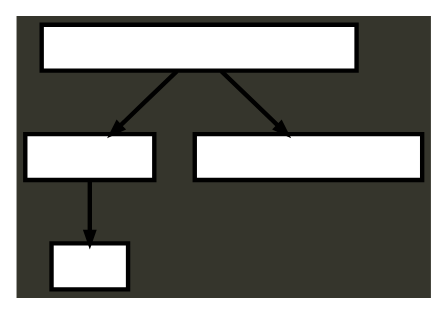
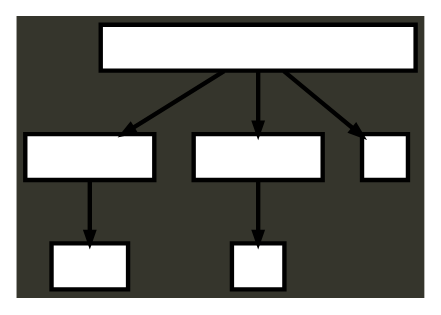
One commit to philopaterwaheed/407_project changed the diagram in Gui/AntlrLab3BGUI - Students/Dot.dot. Above: the diagram before and after it, drawn with Graphviz. The commit also changed 23 other files, not shown here.

```diff
--- a/Gui/AntlrLab3BGUI - Students/Dot.dot
+++ b/Gui/AntlrLab3BGUI - Students/Dot.dot
@@ -1,19 +1,24 @@
 digraph {
 
 	ordering=out;
 	ranksep=.4;
 	bgcolor="0.16 0.16 0.21"; node [shape=box, fixedsize=false, fontsize=12, fontname="Helvetica-bold", fontcolor="white"
 		width=.25, height=.25, color="black", fillcolor="white", style="filled, solid, bold"];
 	edge [arrowsize=.5, color="black", style="bold"]
 
   n0 [label="Startgen...rithExpr"];
   n1 [label="Factor"];
   n1 [label="Factor"];
-  n2 [label="ttt"];
-  n3 [label="<missing ';'>"];
+  n2 [label="int"];
+  n3 [label="Factor"];
+  n3 [label="Factor"];
+  n4 [label="x"];
+  n5 [label=";"];
 
   n0 -> n1 // "Startgen...rithExpr" -> "Factor"
-  n1 -> n2 // "Factor" -> "ttt"
-  n0 -> n3 // "Startgen...rithExpr" -> "<missing ';'>"
+  n1 -> n2 // "Factor" -> "int"
+  n0 -> n3 // "Startgen...rithExpr" -> "Factor"
+  n3 -> n4 // "Factor" -> "x"
+  n0 -> n5 // "Startgen...rithExpr" -> ";"
 
 }
```
